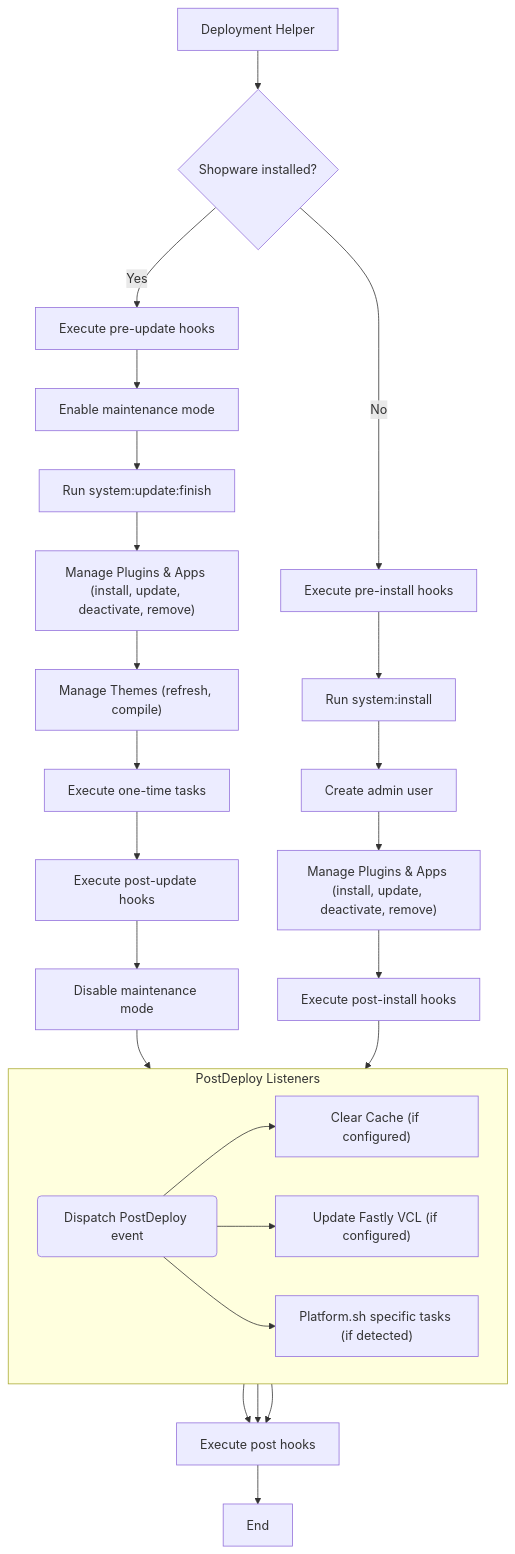
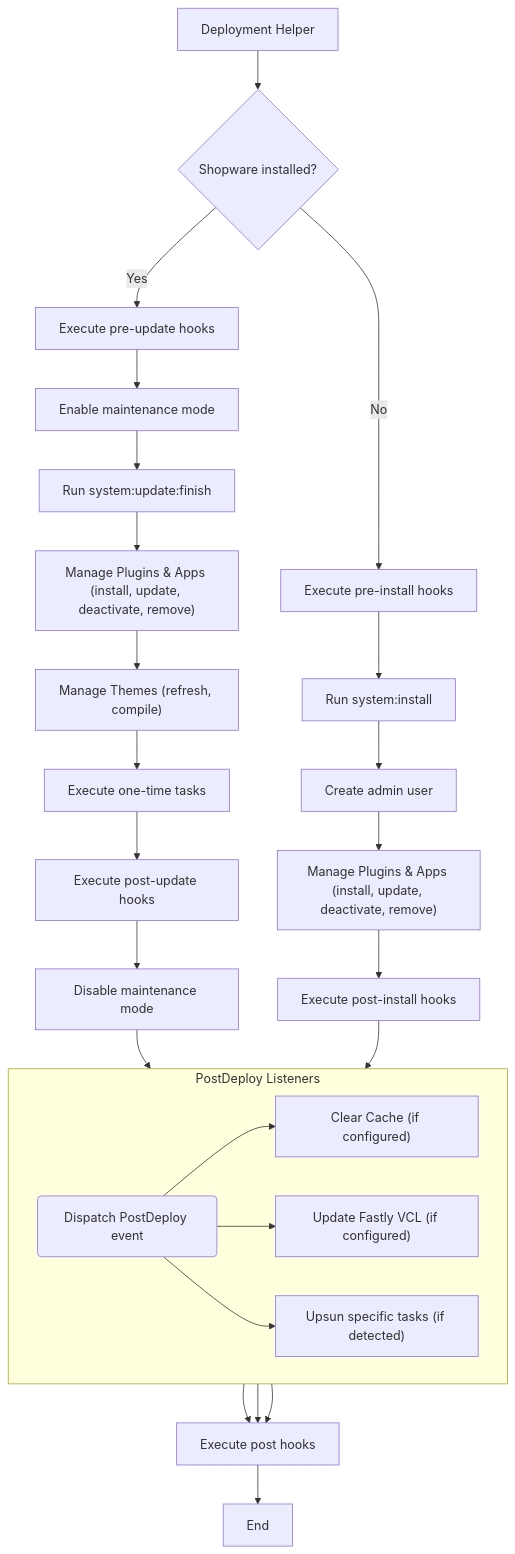
The diagram in guides/hosting/installation-updates/deployments/deployment-helper.md (shopware/docs), drawn with Mermaid before and after one commit. The commit also changed 3 other files, not shown here.

Commit message:
Rename Platform.sh to Upsun

````diff
--- a/guides/hosting/installation-updates/deployments/deployment-helper.md
+++ b/guides/hosting/installation-updates/deployments/deployment-helper.md
@@ -42,35 +42,35 @@
 ```mermaid
 
 graph TD
     A[Deployment Helper] --> B{Shopware installed?};
     B -- Yes --> E[Execute pre-update hooks];
     B -- No --> N[Execute pre-install hooks];
 
     E --> F[Enable maintenance mode];
     F --> G[Run system:update:finish];
     G --> H["Manage Plugins & Apps (install, update, deactivate, remove)"];
     H --> I["Manage Themes (refresh, compile)"];
     I --> J[Execute one-time tasks];
     J --> K[Execute post-update hooks];
     K --> L[Disable maintenance mode];
     L --> M(Dispatch PostDeploy event);
 
     N --> O[Run system:install];
     O --> P[Create admin user];
     P --> R["Manage Plugins & Apps (install, update, deactivate, remove)"];
     R --> S[Execute post-install hooks];
     S --> M;
 
     subgraph PostDeploy Listeners
         direction LR
         M --> M1["Clear Cache (if configured)"];
         M --> M2["Update Fastly VCL (if configured)"];
-        M --> M3["Platform.sh specific tasks (if detected)"];
+        M --> M3["Upsun specific tasks (if detected)"];
     end
 
     M1 --> T[Execute post hooks];
     M2 --> T;
     M3 --> T;
 
     T --> U[End];
 ```
````
